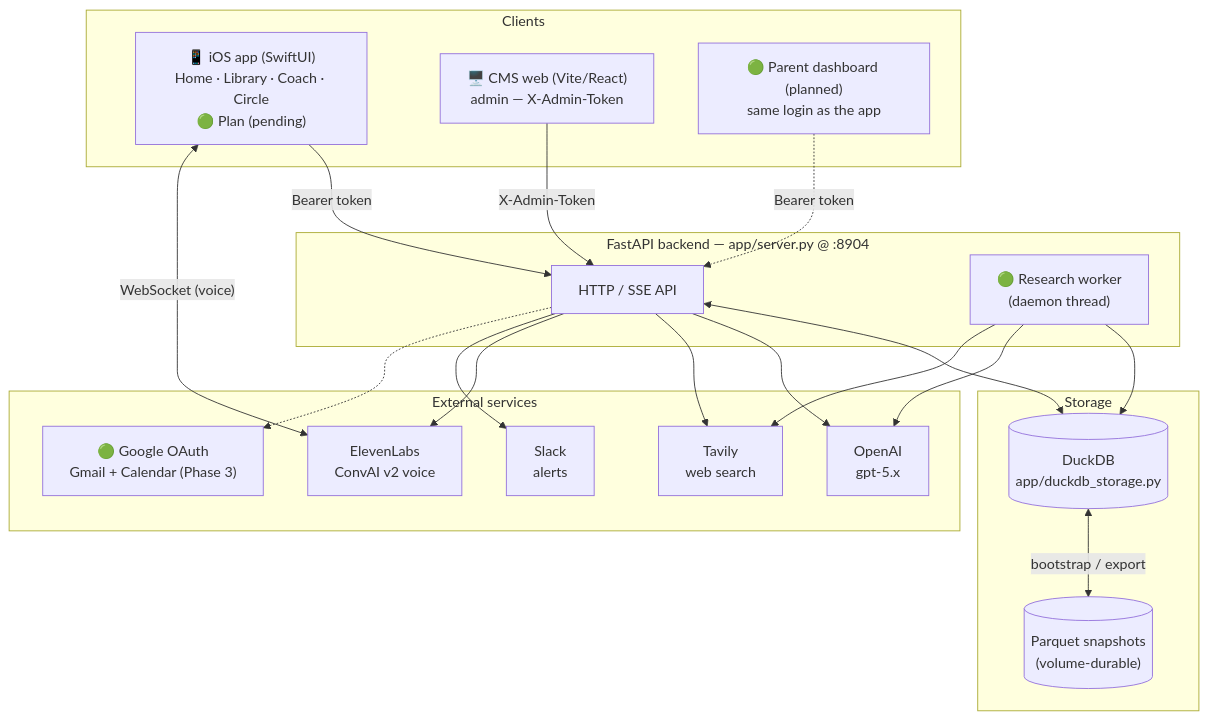
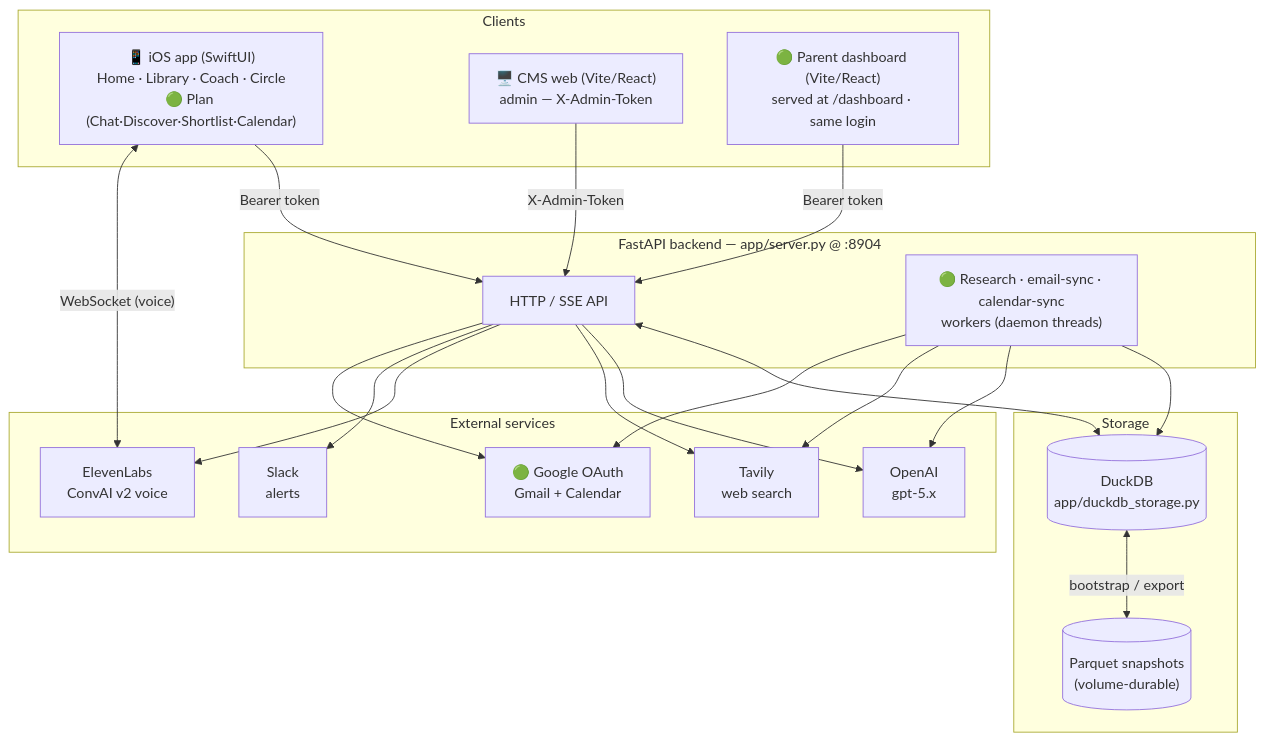
The first of 6 diagrams in docs/system-architecture.md (artesanobuilds/parent-app), drawn with Mermaid before and after one commit. The commit also changed other lines of this file and 1 other file, not shown here.

First line of the commit message:
docs: refresh roadmap + system-architecture to shipped/deployed state

````diff
--- a/docs/system-architecture.md
+++ b/docs/system-architecture.md
@@ -14,44 +14,45 @@
 ```mermaid
 flowchart TB
     subgraph Clients
-        iOS["📱 iOS app (SwiftUI)<br/>Home · Library · Coach · Circle<br/>🟢 Plan (pending)"]
+        iOS["📱 iOS app (SwiftUI)<br/>Home · Library · Coach · Circle<br/>🟢 Plan (Chat·Discover·Shortlist·Calendar)"]
         CMS["🖥️ CMS web (Vite/React)<br/>admin — X-Admin-Token"]
-        DASH["🟢 Parent dashboard (planned)<br/>same login as the app"]
+        DASH["🟢 Parent dashboard (Vite/React)<br/>served at /dashboard · same login"]
     end
 
     subgraph Backend["FastAPI backend — app/server.py @ :8904"]
         API["HTTP / SSE API"]
-        WORKER["🟢 Research worker<br/>(daemon thread)"]
+        WORKER["🟢 Research · email-sync · calendar-sync<br/>workers (daemon threads)"]
     end
 
     subgraph Data["Storage"]
         DUCK[("DuckDB<br/>app/duckdb_storage.py")]
         PARQ[("Parquet snapshots<br/>(volume-durable)")]
     end
 
     subgraph External["External services"]
         OAI["OpenAI<br/>gpt-5.x"]
         TAV["Tavily<br/>web search"]
         EL["ElevenLabs<br/>ConvAI v2 voice"]
         SLACK["Slack<br/>alerts"]
-        GOOG["🟢 Google OAuth<br/>Gmail + Calendar (Phase 3)"]
+        GOOG["🟢 Google OAuth<br/>Gmail + Calendar"]
     end
 
     iOS -->|"Bearer token"| API
     CMS -->|"X-Admin-Token"| API
-    DASH -.->|"Bearer token"| API
+    DASH -->|"Bearer token"| API
 
     API <--> DUCK
     DUCK <-->|"bootstrap / export"| PARQ
     WORKER --> DUCK
 
     API --> OAI
     API --> TAV
     API --> EL
     API --> SLACK
     WORKER --> OAI
     WORKER --> TAV
-    API -.-> GOOG
+    API --> GOOG
+    WORKER --> GOOG
 
     iOS <-->|"WebSocket (voice)"| EL
 ```
````
